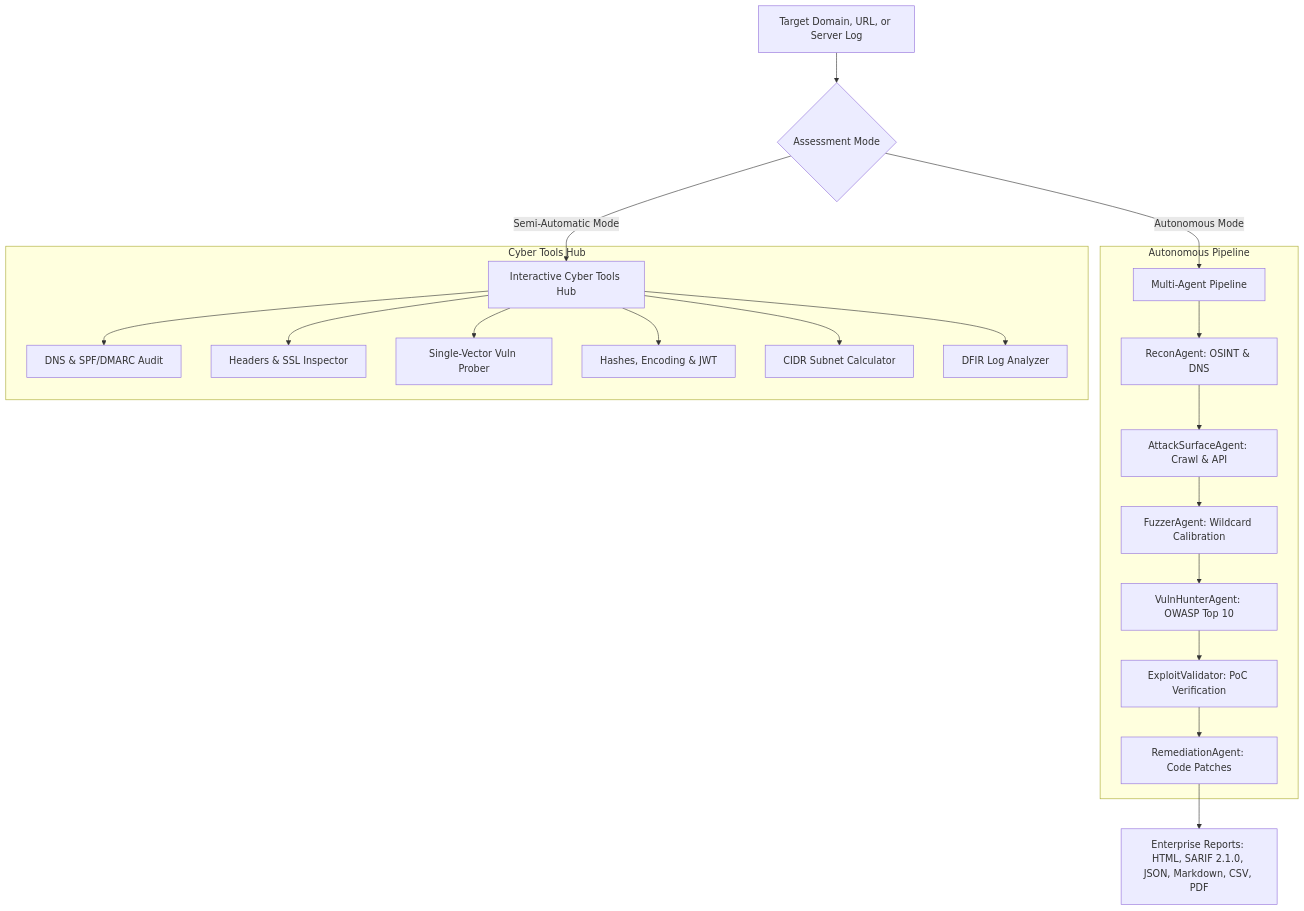
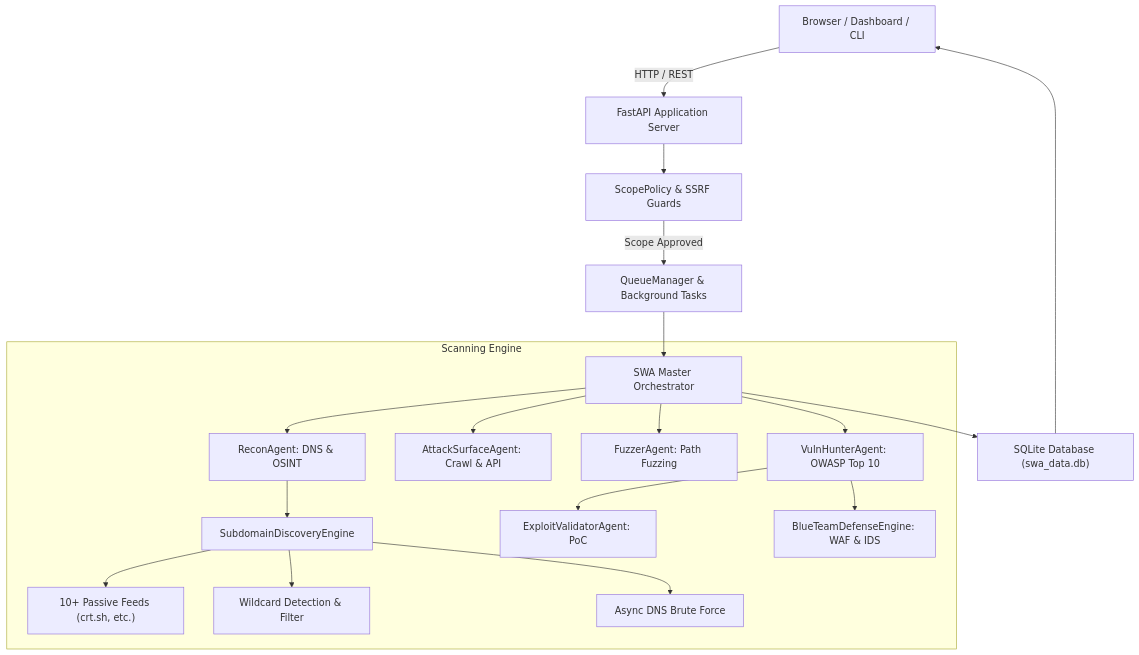
One commit to 545e/SWA changed the diagram in README.md. Above: the diagram before and after it, drawn with Mermaid. The commit also changed other lines of this file and 12 other files, not shown here.

First line of the commit message:
feat: overhaul subdomain engine, modernize SOC dashboard, and implement transparent scoring

````diff
--- a/README.md
+++ b/README.md
@@ -79,26 +116,24 @@
 ```mermaid
 flowchart TD
-    A["Target Domain, URL, or Server Log"] --> B{"Assessment Mode"}
-    B -->|"Autonomous Mode"| C["Multi-Agent Pipeline"]
-    B -->|"Semi-Automatic Mode"| D["Interactive Cyber Tools Hub"]
+    Client["Browser / Dashboard / CLI"] -->|HTTP / REST| API["FastAPI Application Server"]
+    API --> SP["ScopePolicy & SSRF Guards"]
+    SP -->|Scope Approved| QM["QueueManager & Background Tasks"]
+    QM --> ORC["SWA Master Orchestrator"]
     
-    subgraph "Autonomous Pipeline"
-        C --> R1["ReconAgent: OSINT & DNS"]
-        R1 --> R2["AttackSurfaceAgent: Crawl & API"]
-        R2 --> R3["FuzzerAgent: Wildcard Calibration"]
-        R3 --> R4["VulnHunterAgent: OWASP Top 10"]
-        R4 --> R5["ExploitValidator: PoC Verification"]
-        R5 --> R6["RemediationAgent: Code Patches"]
+    subgraph "Scanning Engine"
+        ORC --> Recon["ReconAgent: DNS & OSINT"]
+        Recon --> SubEngine["SubdomainDiscoveryEngine"]
+        SubEngine --> PassFeeds["10+ Passive Feeds (crt.sh, etc.)"]
+        SubEngine --> WC["Wildcard Detection & Filter"]
+        SubEngine --> ActiveDNS["Async DNS Brute Force"]
+        
+        ORC --> Surface["AttackSurfaceAgent: Crawl & API"]
+        ORC --> Fuzz["FuzzerAgent: Path Fuzzing"]
+        ORC --> Hunter["VulnHunterAgent: OWASP Top 10"]
+        Hunter --> Validator["ExploitValidatorAgent: PoC"]
+        Hunter --> BlueTeam["BlueTeamDefenseEngine: WAF & IDS"]
     end
     
-    subgraph "Cyber Tools Hub"
-        D --> T1["DNS & SPF/DMARC Audit"]
-        D --> T2["Headers & SSL Inspector"]
-        D --> T3["Single-Vector Vuln Prober"]
-        D --> T4["Hashes, Encoding & JWT"]
-        D --> T5["CIDR Subnet Calculator"]
-        D --> T6["DFIR Log Analyzer"]
-    end
-
-    R6 --> REP["Enterprise Reports: HTML, SARIF 2.1.0, JSON, Markdown, CSV, PDF"]
+    ORC --> DB["SQLite Database (swa_data.db)"]
+    DB --> Client
 ```
````
